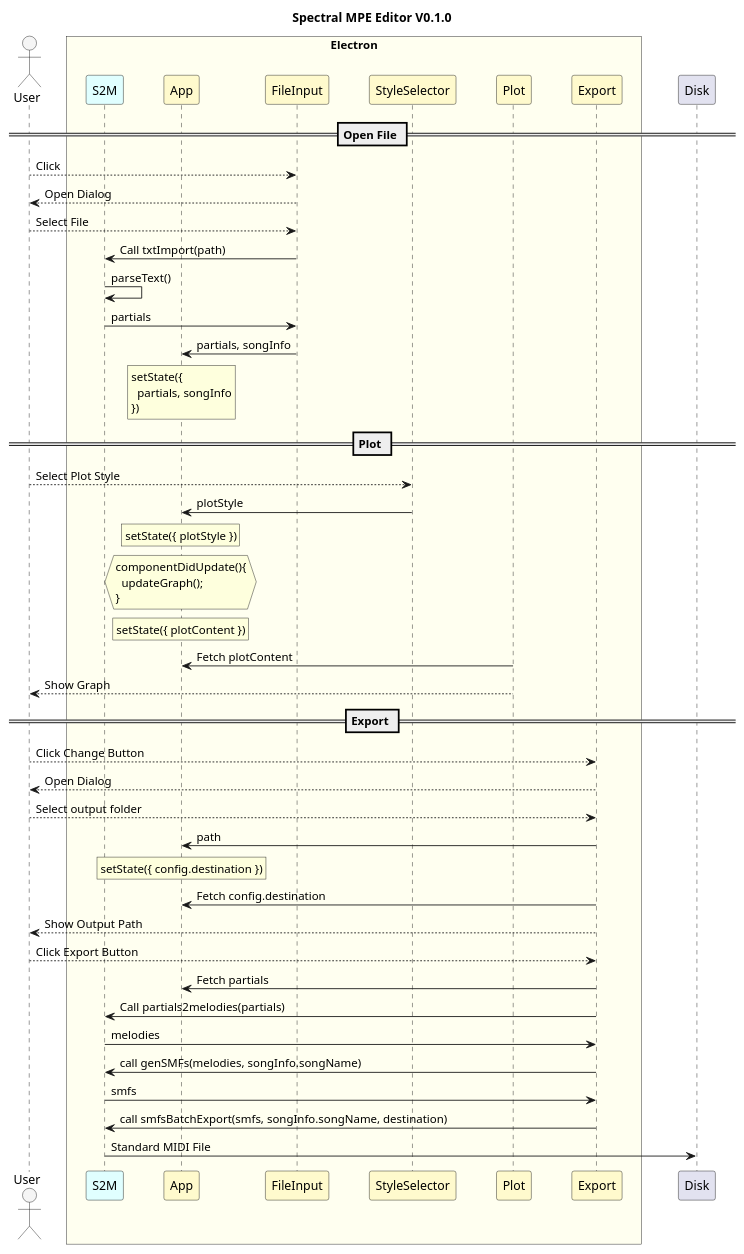
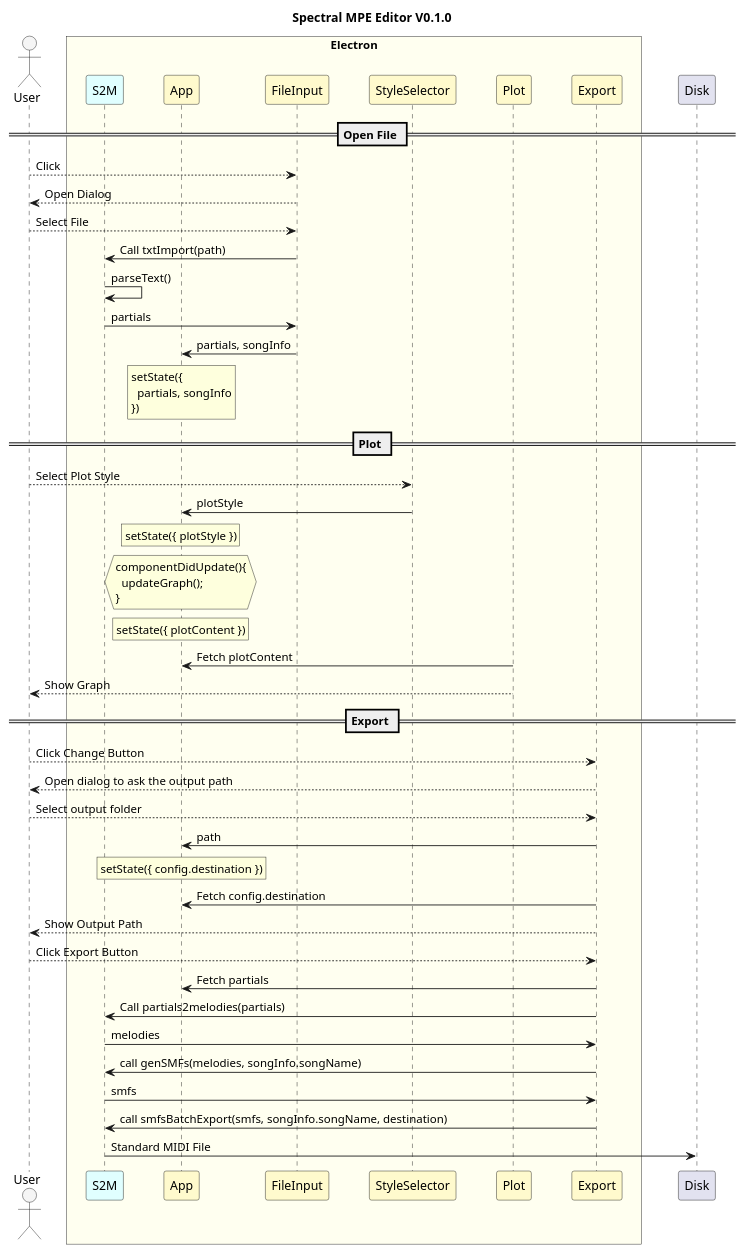
Before and after one commit to szk2s/spectral-lab: the diagram in docs/diagram_v0.1.0.wsd, drawn with PlantUML.

Commit message:
Minor change to diagram

```diff
--- a/docs/diagram_v0.1.0.wsd
+++ b/docs/diagram_v0.1.0.wsd
@@ -2,73 +2,73 @@
 @startuml
 Title Spectral MPE Editor V0.1.0
 
 skinparam ParticipantPadding 18
 skinparam BoxPadding 18
 skinparam SequenceTitleFontSize 24
 skinparam SequenceBoxFontSize 24
 skinparam SequenceBoxFontStyle italic
 
 actor "User" #WhiteSmoke
 
 box "Electron" #Ivory
 participant S2M #LightCyan
 participant App #LemonChiffon
 participant FileInput #LemonChiffon
 participant StyleSelector #LemonChiffon
 participant Plot #LemonChiffon
 participant Export #LemonChiffon
 end box
 
 participant Disk
 
 == Open File ==
 User --> FileInput: Click
 FileInput --> User: Open Dialog
 User --> FileInput: Select File
 FileInput -> S2M: Call txtImport(path)
 S2M -> S2M: parseText()
 S2M -> FileInput: partials
 FileInput -> App: partials, songInfo
 rnote over App
 setState({
   partials, songInfo
 })
 end note
 
 == Plot ==
 User --> StyleSelector: Select Plot Style
 StyleSelector -> App: plotStyle
 rnote over App
 setState({ plotStyle })
 end note
 hnote over App
 componentDidUpdate(){
   updateGraph();
 }
 end note
 rnote over App
 setState({ plotContent })
 end note
 Plot -> App: Fetch plotContent
 Plot --> User: Show Graph
 
 == Export ==
 User --> Export: Click Change Button
-Export --> User: Open Dialog
+Export --> User: Open dialog to ask the output path
 User --> Export: Select output folder
 Export -> App: path
 rnote over App
 setState({ config.destination })
 end note
 Export -> App: Fetch config.destination
 Export --> User: Show Output Path
 User --> Export: Click Export Button
 Export -> App: Fetch partials
 Export -> S2M: Call partials2melodies(partials)
 S2M -> Export: melodies
 Export -> S2M: call genSMFs(melodies, songInfo.songName)
 S2M -> Export: smfs
 Export -> S2M: call smfsBatchExport(smfs, songInfo.songName, destination)
 S2M -> Disk: Standard MIDI File
 
 @enduml
```
